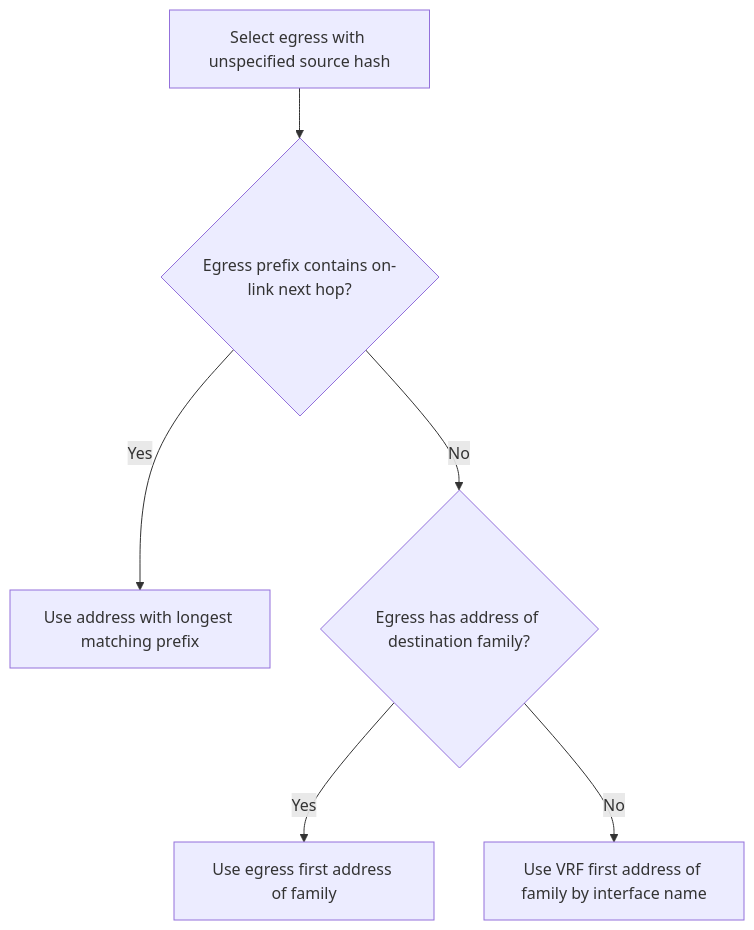
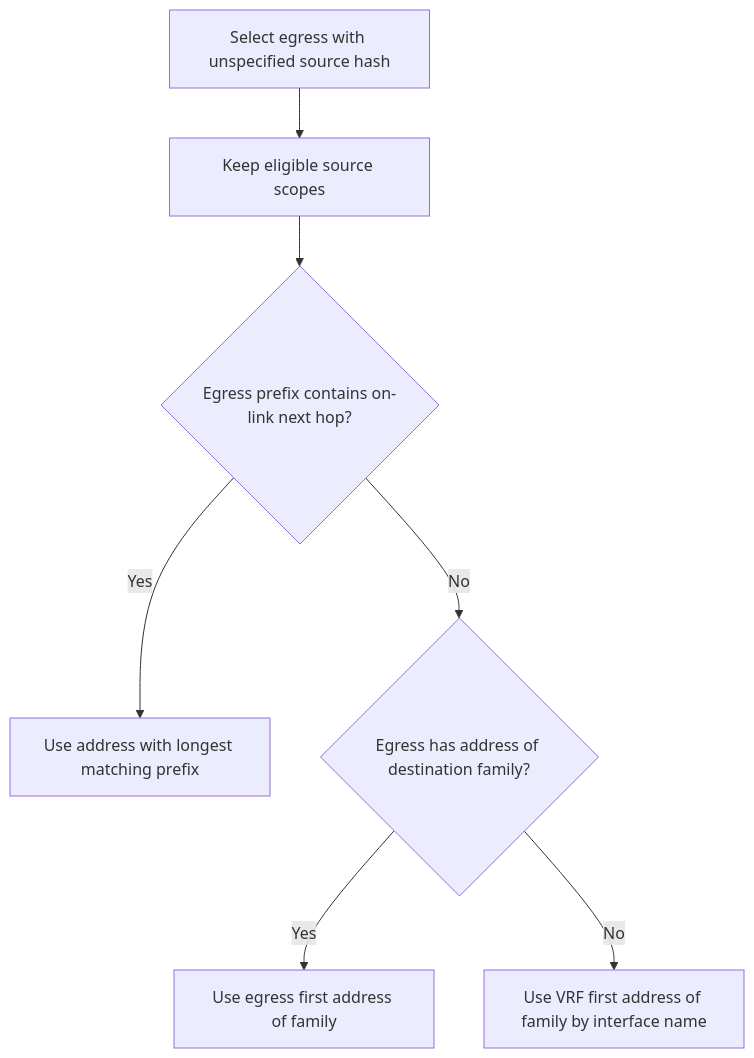
Before and after one commit to Aledantee/FlowSeer: the first of 2 diagrams in src/common/sim/layer/routing/README.md, drawn with Mermaid. The commit also changed other lines of this file and 4 other files, not shown here.

````diff
--- a/src/common/sim/layer/routing/README.md
+++ b/src/common/sim/layer/routing/README.md
@@ -202,8 +205,9 @@
 ```mermaid
 flowchart TD
-    route[Select egress with unspecified source hash] --> prefix{Egress prefix contains on-link next hop?}
+    route[Select egress with unspecified source hash] --> scope[Keep eligible source scopes]
+    scope --> prefix{Egress prefix contains on-link next hop?}
     prefix -- Yes --> matched[Use address with longest matching prefix]
     prefix -- No --> family{Egress has address of destination family?}
     family -- Yes --> egress[Use egress first address of family]
     family -- No --> vrf[Use VRF first address of family by interface name]
 ```
````
